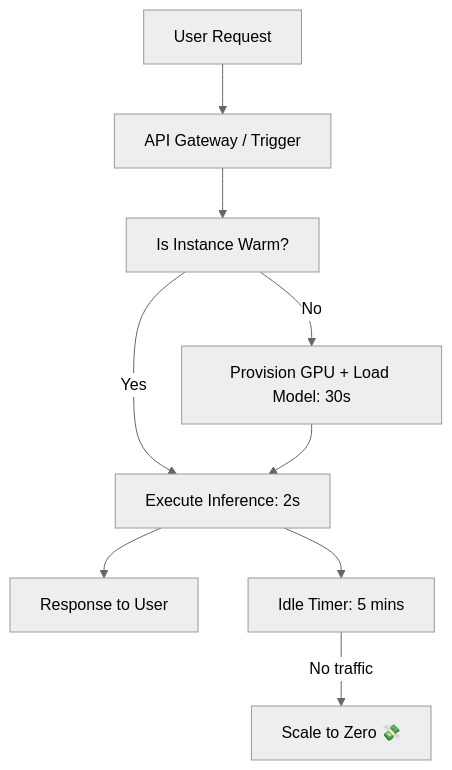
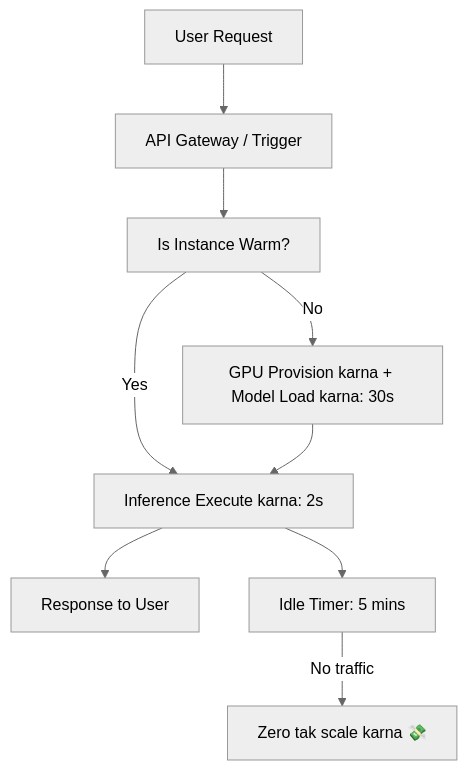
The diagram in docs/ai_foundations_and_ops/18_Deployment_and_Scaling/Serverless_AI_Inference.md (Sameer-Malik20/SusaGPT-Build-LLM-From-Scratch-With-Hinglish-Learning-Material), drawn with Mermaid (neutral theme) before and after one commit. The commit also changed other lines of this file and 131 other files, not shown here.

````diff
--- a/docs/ai_foundations_and_ops/18_Deployment_and_Scaling/Serverless_AI_Inference.md
+++ b/docs/ai_foundations_and_ops/18_Deployment_and_Scaling/Serverless_AI_Inference.md
@@ -64,14 +64,14 @@
 ```mermaid
 graph TD
     User[User Request] --> Gateway[API Gateway / Trigger]
     Gateway --> Check[Is Instance Warm?]
     
-    Check -- "No" --> Provision[Provision GPU + Load Model: 30s]
-    Check -- "Yes" --> Exec[Execute Inference: 2s]
+    Check -- "No" --> Provision[GPU Provision karna + Model Load karna: 30s]
+    Check -- "Yes" --> Exec[Inference Execute karna: 2s]
     
     Provision --> Exec
     Exec --> Result[Response to User]
     Exec --> Timer[Idle Timer: 5 mins]
     
-    Timer -- "No traffic" --> Kill[Scale to Zero 💸]
+    Timer -- "No traffic" --> Kill[Zero tak scale karna 💸]
 ```
````
